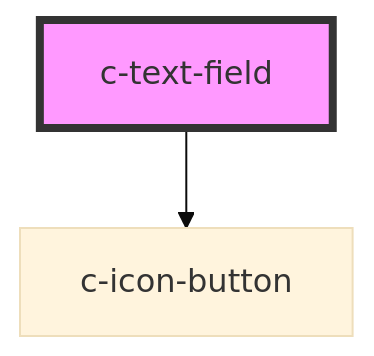
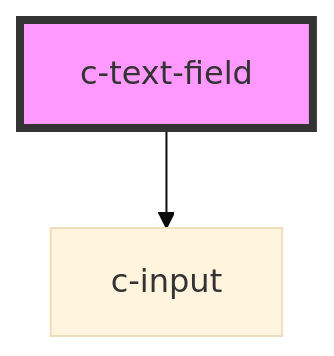
Before and after one commit to CSCfi/ui: the diagram in packages/csc-ui/src/components/c-text-field/readme.md, drawn with Mermaid (base theme). The commit also changed other lines of this file and 92 other files, not shown here.

````diff
--- a/packages/csc-ui/src/components/c-text-field/readme.md
+++ b/packages/csc-ui/src/components/c-text-field/readme.md
@@ -49,5 +51,5 @@
 ```mermaid
 graph TD;
-  c-text-field --> c-icon-button
+  c-text-field --> c-input
   style c-text-field fill:#f9f,stroke:#333,stroke-width:4px
 ```
````
